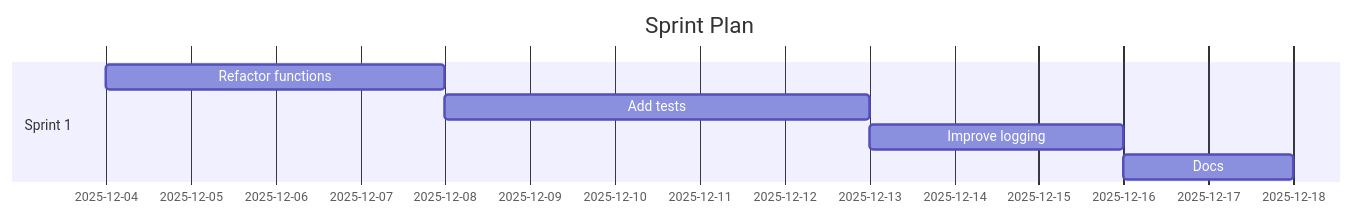
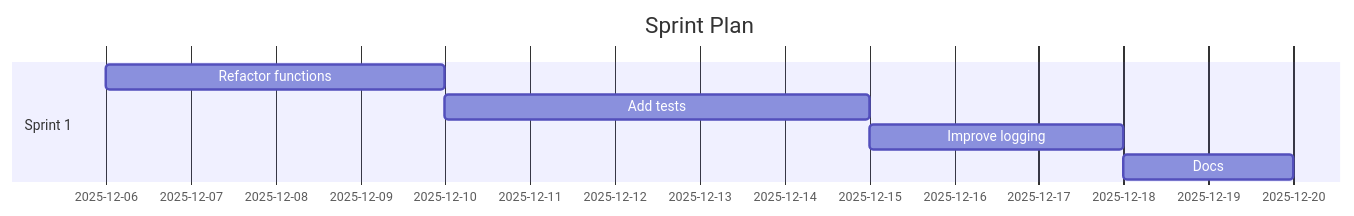
The diagram in demos/demo-code-analysis.sprint.md (Anselmoo/mcp-ai-agent-guidelines), drawn with Mermaid before and after one commit. The commit also changed other lines of this file and 45 other files, not shown here.

````diff
--- a/demos/demo-code-analysis.sprint.md
+++ b/demos/demo-code-analysis.sprint.md
@@ -59,11 +59,11 @@
 ```mermaid
 gantt
 	dateFormat  YYYY-MM-DD
 	title Sprint Plan
 %% Accessibility: Title=Project Sprint Plan; Description=Gantt chart of sprints and tasks over time. %%
   section Sprint 1
-  Refactor functions :s1t0, 2025-12-04, 4d
-  Add tests :s1t1, 2025-12-08, 5d
-  Improve logging :s1t2, 2025-12-13, 3d
-  Docs :s1t3, 2025-12-16, 2d
+  Refactor functions :s1t0, 2025-12-06, 4d
+  Add tests :s1t1, 2025-12-10, 5d
+  Improve logging :s1t2, 2025-12-15, 3d
+  Docs :s1t3, 2025-12-18, 2d
 ```
````
